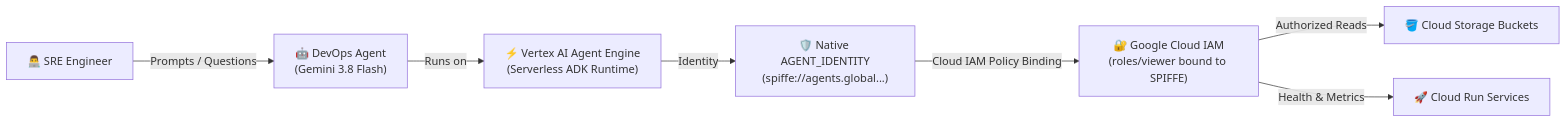
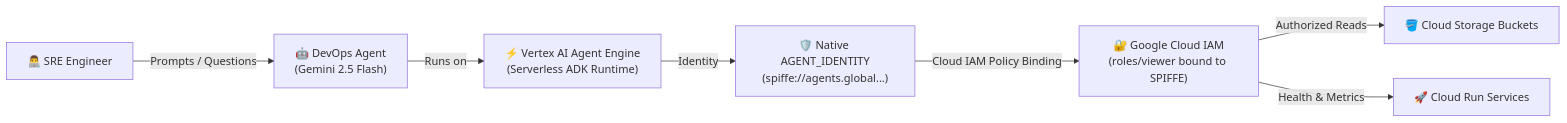
Before and after one commit to alper-sari/devfest-astana: the diagram in README.md, drawn with Mermaid. The commit also changed other lines of this file and 3 other files, not shown here.

Commit message:
fix: switch default model to gemini-2.5-flash with us-central1 endpoint to prevent 429 quota exhaustion

````diff
--- a/README.md
+++ b/README.md
@@ -24,9 +24,9 @@
 ```mermaid
 flowchart LR
-    User["👨‍💻 SRE Engineer"] -->|Prompts / Questions| Agent["🤖 DevOps Agent\n(Gemini 3.8 Flash)"]
+    User["👨‍💻 SRE Engineer"] -->|Prompts / Questions| Agent["🤖 DevOps Agent\n(Gemini 2.5 Flash)"]
     Agent -->|Runs on| AE["⚡ Vertex AI Agent Engine\n(Serverless ADK Runtime)"]
     AE -->|Identity| SPIFFE["🛡️ Native AGENT_IDENTITY\n(spiffe://agents.global...)"]
     SPIFFE -->|Cloud IAM Policy Binding| IAM["🔐 Google Cloud IAM\n(roles/viewer bound to SPIFFE)"]
     IAM -->|Authorized Reads| GCS["🪣 Cloud Storage Buckets"]
     IAM -->|Health & Metrics| CR["🚀 Cloud Run Services"]
 ```
````
